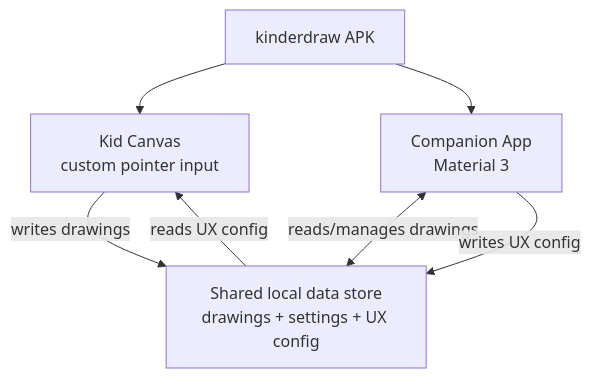
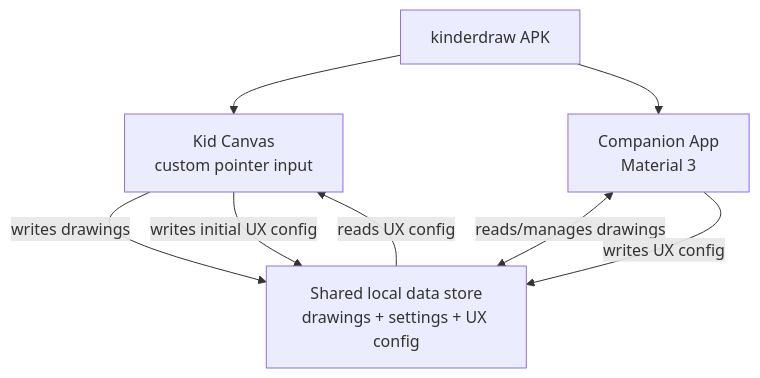
Before and after one commit to clahey/kinderdraw: the diagram in docs/high-level-design.md, drawn with Mermaid. The commit also changed other lines of this file and 5 other files, not shown here.

````diff
--- a/docs/high-level-design.md
+++ b/docs/high-level-design.md
@@ -53,14 +55,15 @@
 ```mermaid
 graph TD
     App[kinderdraw APK]
     Canvas[Kid Canvas<br/>custom pointer input]
     Companion[Companion App<br/>Material 3]
     Store[Shared local data store<br/>drawings + settings + UX config]
 
     App --> Canvas
     App --> Companion
     Canvas -- writes drawings --> Store
     Companion <-- reads/manages drawings --> Store
     Companion -- writes UX config --> Store
+    Canvas -- writes initial UX config --> Store
     Store -- reads UX config --> Canvas
 ```
````
